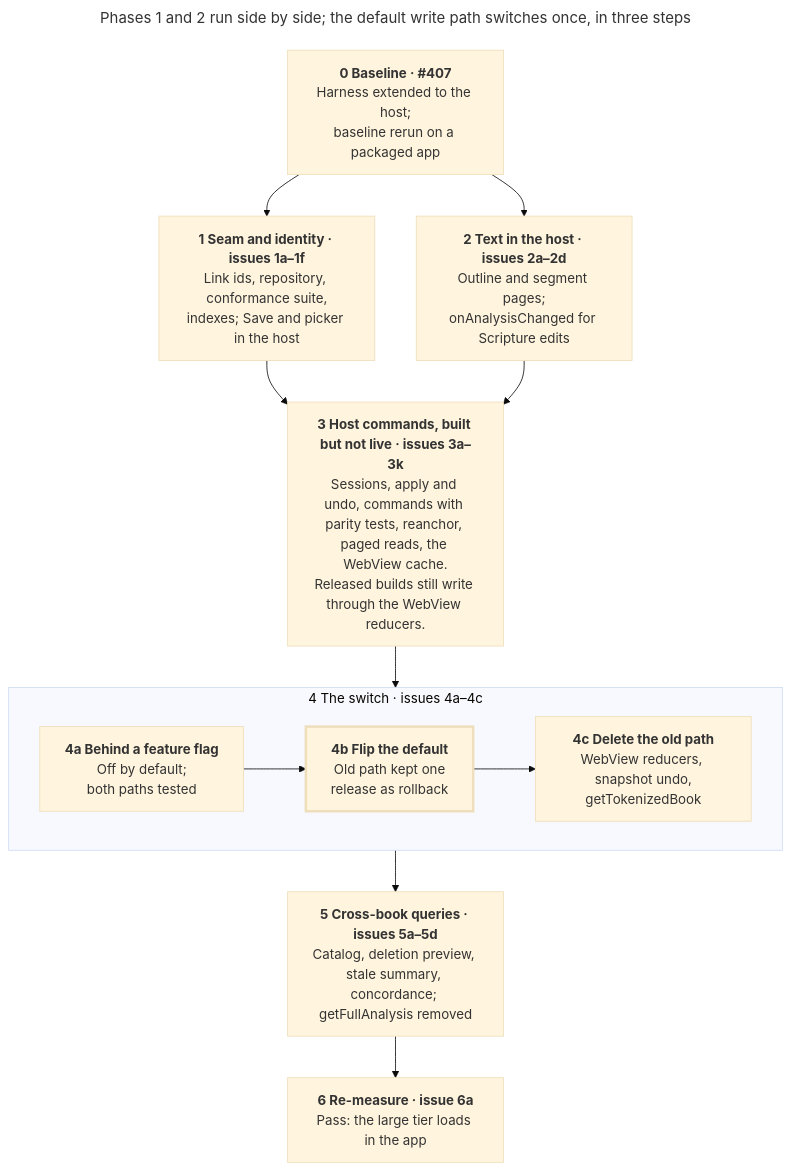
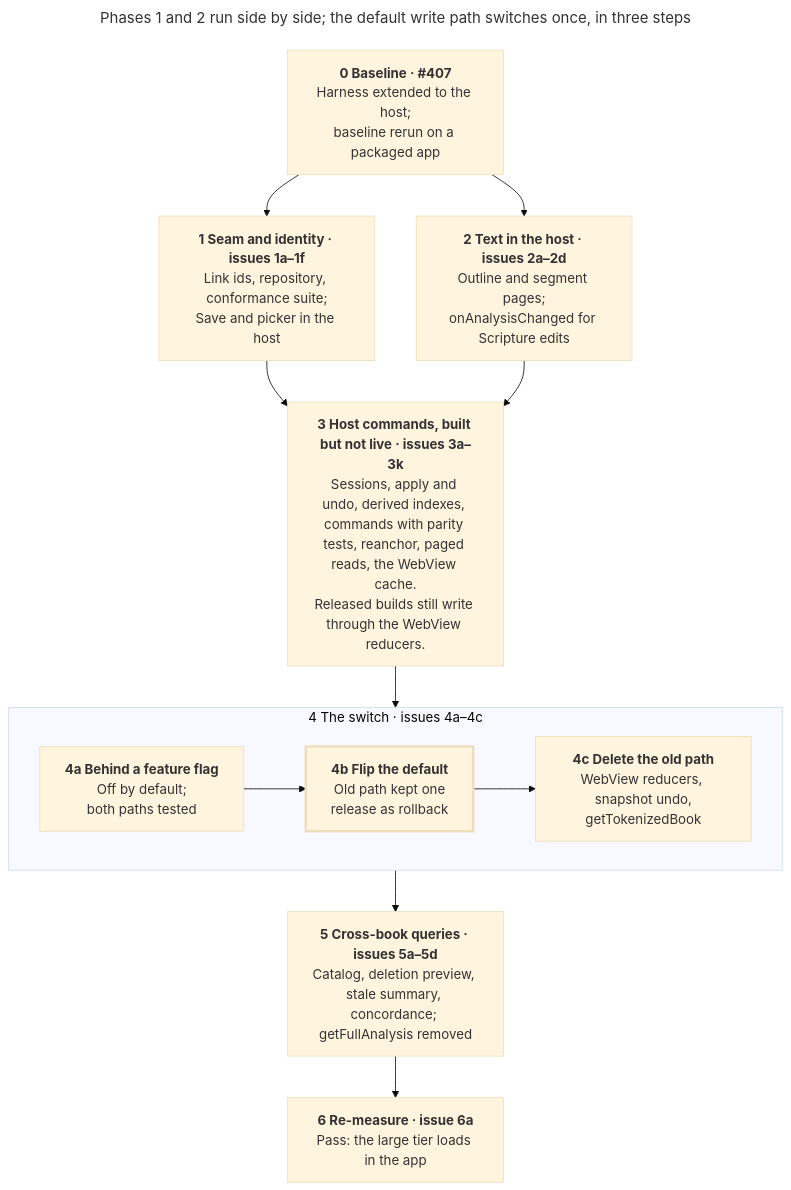
Before and after one commit to sillsdev/interlinearizer-extension: the second of 2 diagrams in docs/data-layer-plan/plan.md, drawn with Mermaid (base theme). The commit also changed other lines of this file and 1 other file, not shown here.

Commit message:
Build the derived indexes after apply in the data layer plan
Nothing reads the derived indexes before Phase 3, and apply, which
keeps them current, is built in 3b.

- Move the derived indexes from Phase 1 to Phase 3, and make 1d
  depend on 3b.
- Move "indexes" from the phases diagram's Phase 1 box to Phase 3's.
- Remove the implemented findings from the D audit.

````diff
--- a/docs/data-layer-plan/plan.md
+++ b/docs/data-layer-plan/plan.md
@@ -106,24 +106,24 @@
 ```mermaid
 ---
 title: Phases 1 and 2 run side by side; the default write path switches once, in three steps
 ---
 flowchart TB
   p0["<b>0 Baseline · #407</b><br/>Harness extended to the host;<br/>baseline rerun on a packaged app"]
-  p1["<b>1 Seam and identity · issues 1a–1f</b><br/>Link ids, repository, conformance suite,<br/>indexes; Save and picker in the host"]
+  p1["<b>1 Seam and identity · issues 1a–1f</b><br/>Link ids, repository, conformance suite;<br/>Save and picker in the host"]
   p2["<b>2 Text in the host · issues 2a–2d</b><br/>Outline and segment pages;<br/>onAnalysisChanged for Scripture edits"]
-  p3["<b>3 Host commands, built but not live · issues 3a–3k</b><br/>Sessions, apply and undo, commands with parity tests, reanchor, paged reads, the WebView cache.<br/>Released builds still write through the WebView reducers."]
+  p3["<b>3 Host commands, built but not live · issues 3a–3k</b><br/>Sessions, apply and undo, derived indexes, commands with parity tests, reanchor, paged reads, the WebView cache.<br/>Released builds still write through the WebView reducers."]
   subgraph p4["4 The switch · issues 4a–4c"]
     direction LR
     p4a["<b>4a Behind a feature flag</b><br/>Off by default;<br/>both paths tested"]
     p4b["<b>4b Flip the default</b><br/>Old path kept one<br/>release as rollback"]
     p4c["<b>4c Delete the old path</b><br/>WebView reducers, snapshot undo,<br/>getTokenizedBook"]
     p4a --> p4b --> p4c
   end
   p5["<b>5 Cross-book queries · issues 5a–5d</b><br/>Catalog, deletion preview, stale summary, concordance; getFullAnalysis removed"]
   p6["<b>6 Re-measure · issue 6a</b><br/>Pass: the large tier loads in the app"]
   p0 --> p1 & p2
   p1 & p2 --> p3
   p3 --> p4 --> p5 --> p6
   classDef flip stroke-width:3px
   class p4b flip
 ```
````
